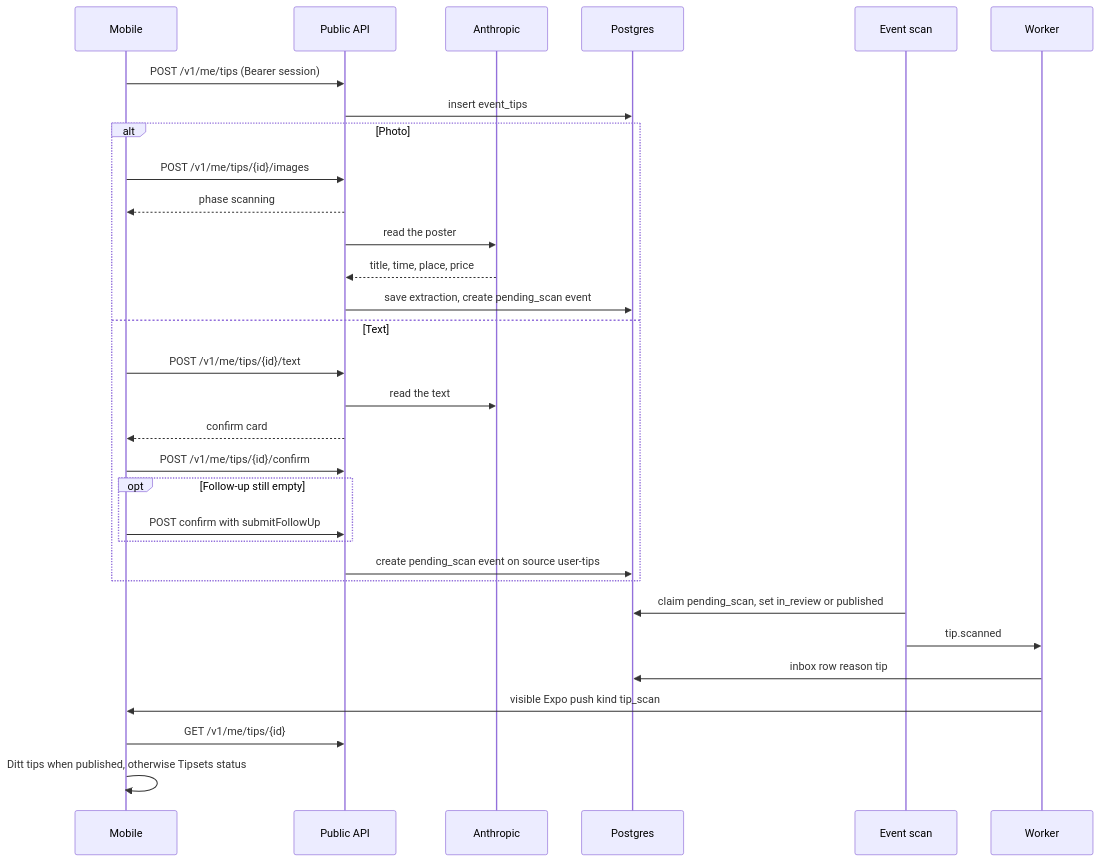
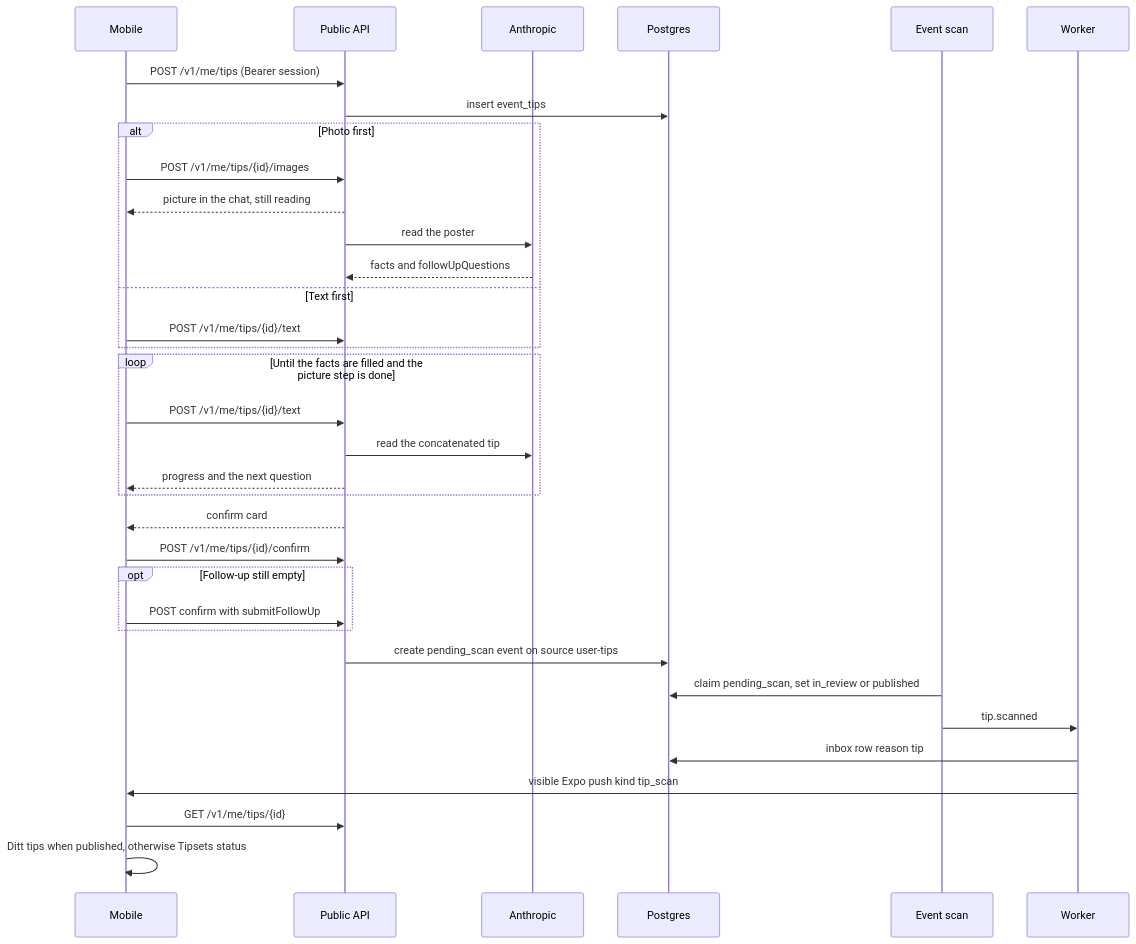
The diagram in docs/flows/event-tips.md (BradleySmallbottoms/evently), drawn with Mermaid before and after one commit. The commit also changed other lines of this file and 42 other files, not shown here.

First line of the commit message:
Enhance tip submission process and improve chat functionality

````diff
--- a/docs/flows/event-tips.md
+++ b/docs/flows/event-tips.md
@@ -10,34 +10,37 @@
 ```mermaid
 sequenceDiagram
   participant App as Mobile
   participant API as Public API
   participant Model as Anthropic
   participant DB as Postgres
   participant Scan as Event scan
   participant Worker as Worker
 
   App->>API: POST /v1/me/tips (Bearer session)
   API->>DB: insert event_tips
-  alt Photo
+  alt Photo first
     App->>API: POST /v1/me/tips/{id}/images
-    API-->>App: phase scanning
+    API-->>App: picture in the chat, still reading
     API->>Model: read the poster
-    Model-->>API: title, time, place, price
-    API->>DB: save extraction, create pending_scan event
-  else Text
+    Model-->>API: facts and followUpQuestions
+  else Text first
     App->>API: POST /v1/me/tips/{id}/text
-    API->>Model: read the text
-    API-->>App: confirm card
-    App->>API: POST /v1/me/tips/{id}/confirm
-    opt Follow-up still empty
-      App->>API: POST confirm with submitFollowUp
-    end
-    API->>DB: create pending_scan event on source user-tips
   end
+  loop Until the facts are filled and the picture step is done
+    App->>API: POST /v1/me/tips/{id}/text
+    API->>Model: read the concatenated tip
+    API-->>App: progress and the next question
+  end
+  API-->>App: confirm card
+  App->>API: POST /v1/me/tips/{id}/confirm
+  opt Follow-up still empty
+    App->>API: POST confirm with submitFollowUp
+  end
+  API->>DB: create pending_scan event on source user-tips
   Scan->>DB: claim pending_scan, set in_review or published
   Scan->>Worker: tip.scanned
   Worker->>DB: inbox row reason tip
   Worker->>App: visible Expo push kind tip_scan
   App->>API: GET /v1/me/tips/{id}
   App->>App: Ditt tips when published, otherwise Tipsets status
 ```
````
